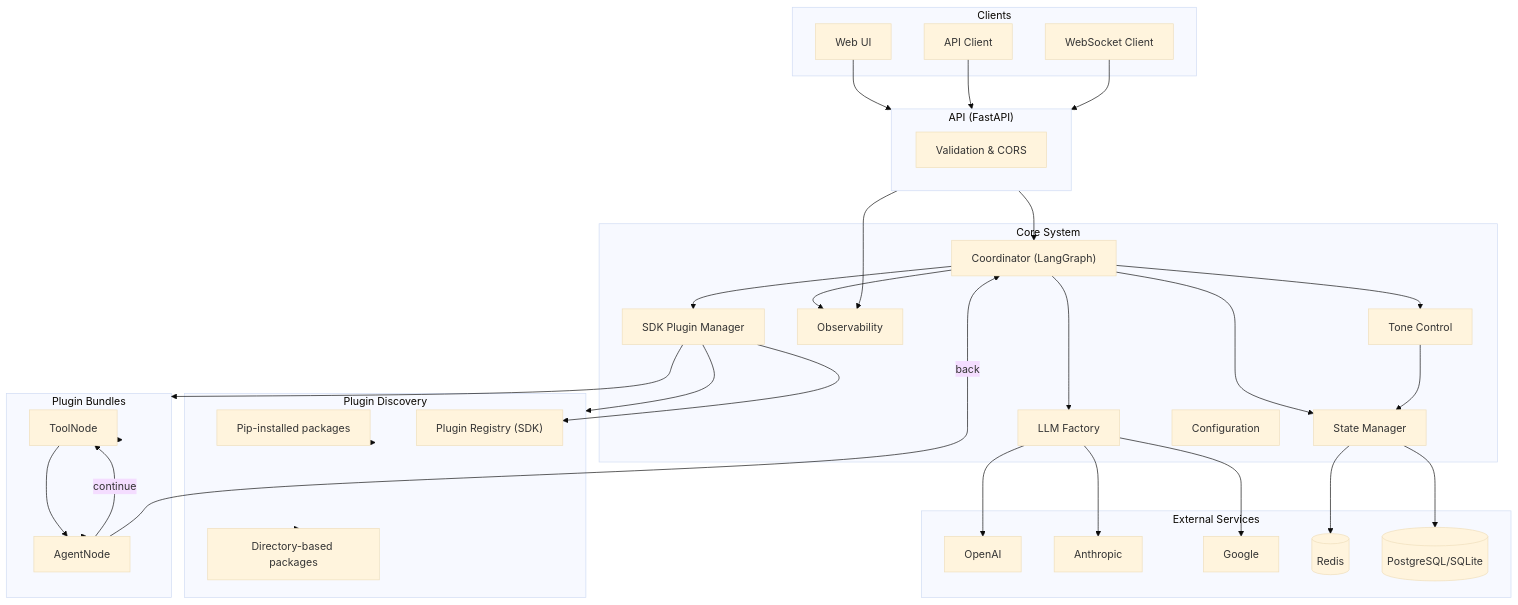
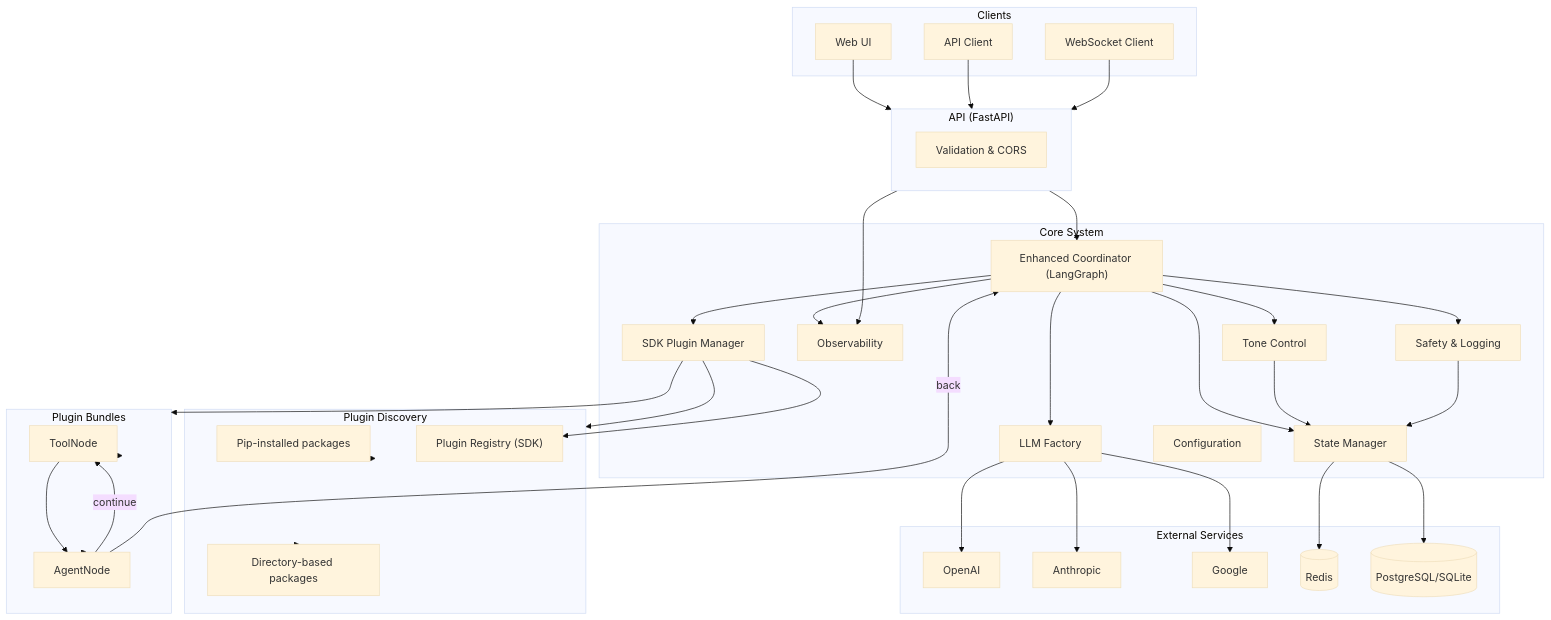
One commit to jonaskahn/cadence changed the first of 6 diagrams in docs/concepts/architecture.md. Above: the diagram before and after it, drawn with Mermaid (base theme). The commit also changed other lines of this file and 37 other files, not shown here.

````diff
--- a/docs/concepts/architecture.md
+++ b/docs/concepts/architecture.md
@@ -8,73 +8,77 @@
 ```mermaid
 flowchart TD
     subgraph Clients
         Web[Web UI]
         ApiClient[API Client]
         WsClient[WebSocket Client]
     end
 
     subgraph API["API (FastAPI)"]
         Val[Validation & CORS]
     end
 
     subgraph Core["Core System"]
-        Coord["Coordinator (LangGraph)"]
+        Coord["Enhanced Coordinator (LangGraph)"]
         SDKPM[SDK Plugin Manager]
         State[State Manager]
         LLMF[LLM Factory]
         Obs[Observability]
         Conf[Configuration]
         Tone[Tone Control]
+        Safety[Safety & Logging]
     end
 
     subgraph Discovery["Plugin Discovery"]
         Pip["Pip-installed packages"]
         Dir["Directory-based packages"]
         Reg["Plugin Registry (SDK)"]
     end
 
     subgraph Bundles["Plugin Bundles"]
         AgentNode["AgentNode"]
         ToolNode["ToolNode"]
     end
 
     subgraph External["External Services"]
         OA[OpenAI]
         AN[Anthropic]
         GG[Google]
         Redis[(Redis)]
         DB[(PostgreSQL/SQLite)]
     end
 
     Web --> API
     ApiClient --> API
     WsClient --> API
 
     API --> Coord
     Coord --> SDKPM
     SDKPM --> Discovery
     Discovery --> Pip
     Discovery --> Dir
     SDKPM --> Reg
     SDKPM --> Bundles
     Bundles --> AgentNode
     Bundles --> ToolNode
     AgentNode -- "continue" --> ToolNode
     ToolNode --> AgentNode
     AgentNode -- "back" --> Coord
 
     Coord --> State
     State --> Redis
     State --> DB
 
     Coord --> LLMF
     LLMF --> OA
     LLMF --> AN
     LLMF --> GG
 
     Coord --> Tone
     Tone --> State
 
+    Coord --> Safety
+    Safety --> State
+
     API --> Obs
     Coord --> Obs
 ```
````
